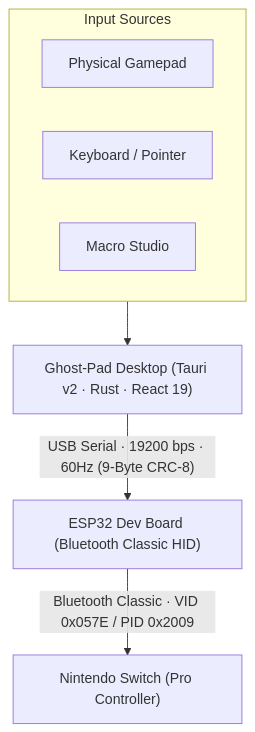
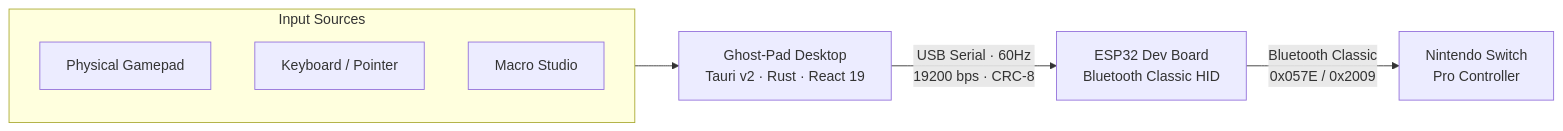
One commit to HuskyHsu/ghost-pad changed the diagram in README.md. Above: the diagram before and after it, drawn with Mermaid. The commit also changed other lines of this file and 2 other files, not shown here.

Commit message:
docs: streamline README documentation and simplify architecture diagram

````diff
--- a/README.md
+++ b/README.md
@@ -27,17 +27,16 @@
 ```mermaid
-flowchart TD
+flowchart LR
     subgraph Inputs["Input Sources"]
-        direction LR
         G["Physical Gamepad"]
         K["Keyboard / Pointer"]
         M["Macro Studio"]
     end
 
-    PC["Ghost-Pad Desktop (Tauri v2 · Rust · React 19)"]
-    ESP["ESP32 Dev Board (Bluetooth Classic HID)"]
-    SW["Nintendo Switch (Pro Controller)"]
+    PC["Ghost-Pad Desktop<br/>Tauri v2 · Rust · React 19"]
+    ESP["ESP32 Dev Board<br/>Bluetooth Classic HID"]
+    SW["Nintendo Switch<br/>Pro Controller"]
 
     Inputs --> PC
-    PC -->|"USB Serial · 19200 bps · 60Hz (9-Byte CRC-8)"| ESP
-    ESP -->|"Bluetooth Classic · VID 0x057E / PID 0x2009"| SW
+    PC -->|"USB Serial · 60Hz<br/>19200 bps · CRC-8"| ESP
+    ESP -->|"Bluetooth Classic<br/>0x057E / 0x2009"| SW
 ```
````
